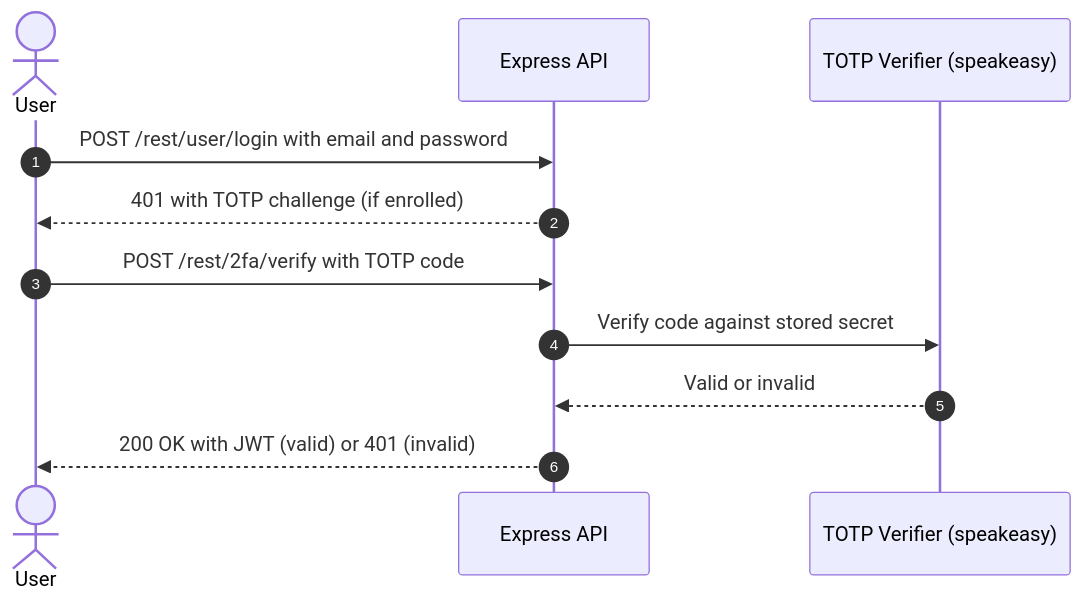
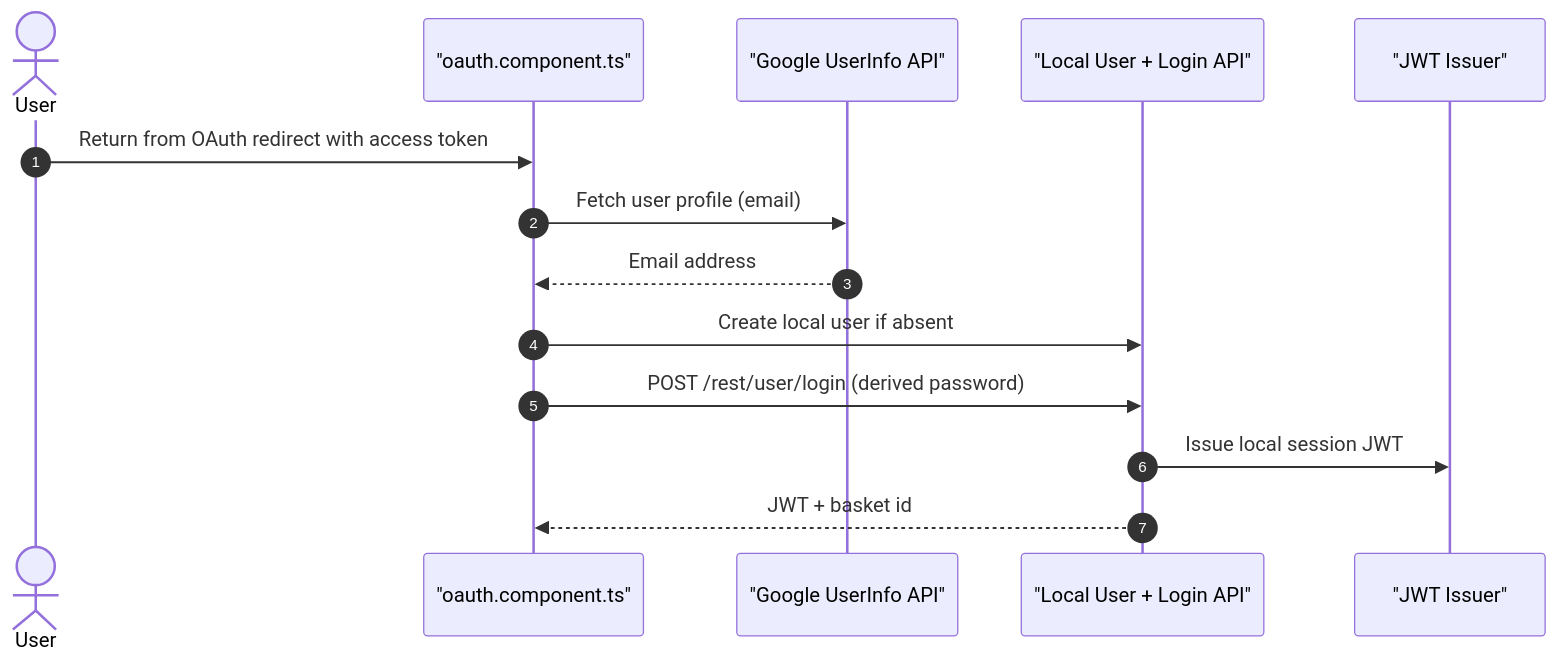
The second of 4 diagrams in tests/fixtures/e2e/_repair-run/.fragments/security-architecture.md (appsec-foundry/appsec-advisor), drawn with Mermaid before and after one commit. The commit also changed other lines of this file and 184 other files, not shown here.

````diff
--- a/tests/fixtures/e2e/_repair-run/.fragments/security-architecture.md
+++ b/tests/fixtures/e2e/_repair-run/.fragments/security-architecture.md
@@ -118,14 +110,17 @@
 ```mermaid
 sequenceDiagram
     autonumber
     actor User
-    participant API as Express API
-    participant TOTP as TOTP Verifier (speakeasy)
+    participant SPA as "oauth.component.ts"
+    participant Google as "Google UserInfo API"
+    participant API as "Local User + Login API"
+    participant JWT as "JWT Issuer"
 
-    User->>API: POST /rest/user/login with email and password
-    API-->>User: 401 with TOTP challenge (if enrolled)
-    User->>API: POST /rest/2fa/verify with TOTP code
-    API->>TOTP: Verify code against stored secret
-    TOTP-->>API: Valid or invalid
-    API-->>User: 200 OK with JWT (valid) or 401 (invalid)
+    User->>SPA: Return from OAuth redirect with access token
+    SPA->>Google: Fetch user profile (email)
+    Google-->>SPA: Email address
+    SPA->>API: Create local user if absent
+    SPA->>API: POST /rest/user/login (derived password)
+    API->>JWT: Issue local session JWT
+    API-->>SPA: JWT + basket id
 ```
````
